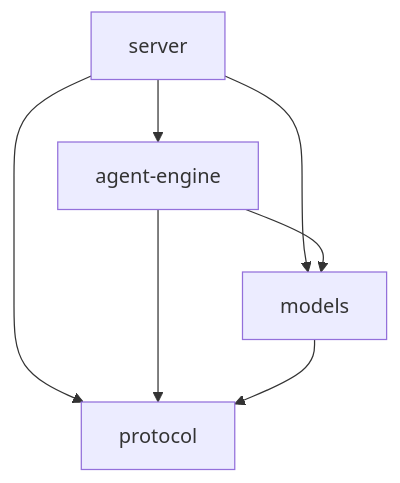
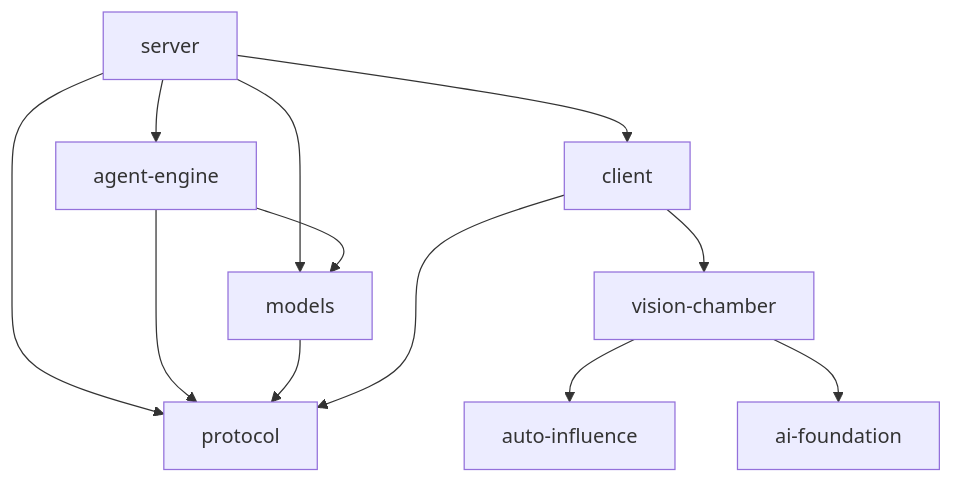
One commit to theingenuityco/starships.ai changed the third of 5 diagrams in docs/architecture.md. Above: the diagram before and after it, drawn with Mermaid. The commit also changed other lines of this file and 8 other files, not shown here.

````diff
--- a/docs/architecture.md
+++ b/docs/architecture.md
@@ -110,9 +128,14 @@
 ```mermaid
 graph TD
     A[server] --> B[agent-engine]
     A --> C[models]
     A --> D[protocol]
+    A --> E[client]
     B --> C
     B --> D
     C --> D
+    E --> D
+    E --> F[vision-chamber]
+    F --> G[auto-influence]
+    F --> H[ai-foundation]
 ```
````
